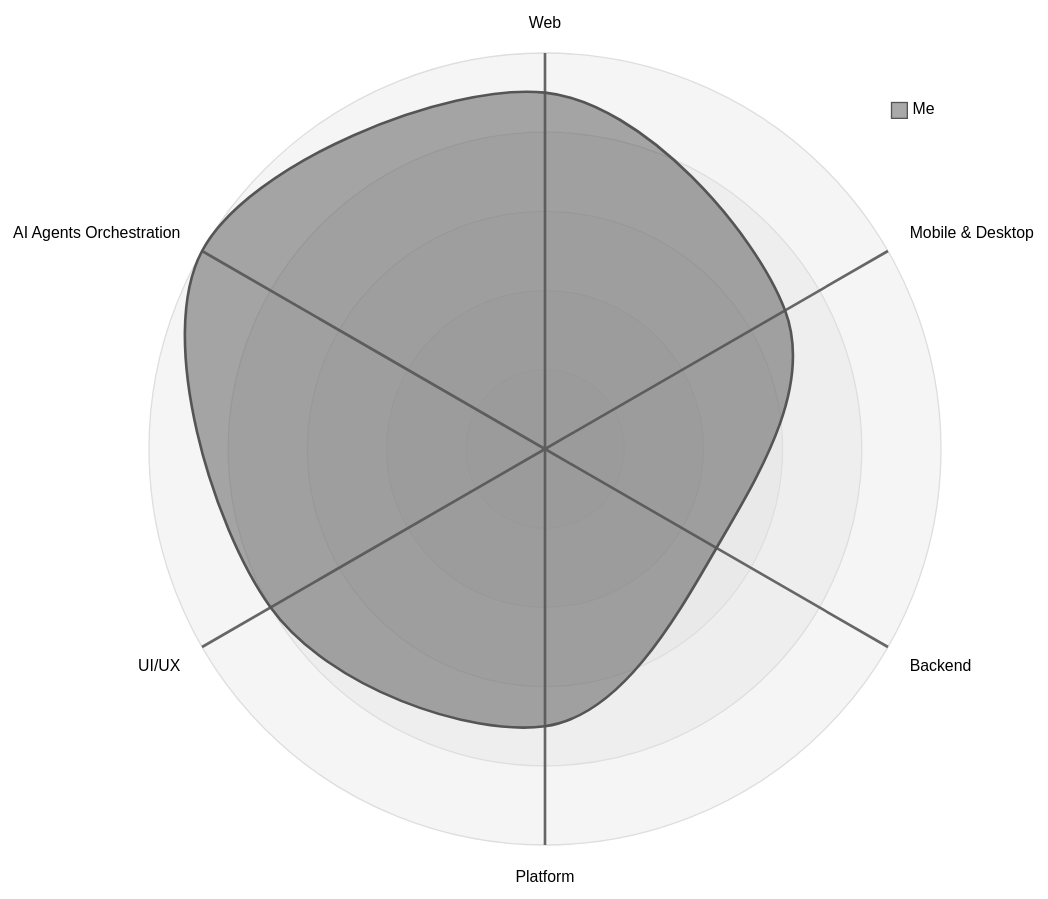
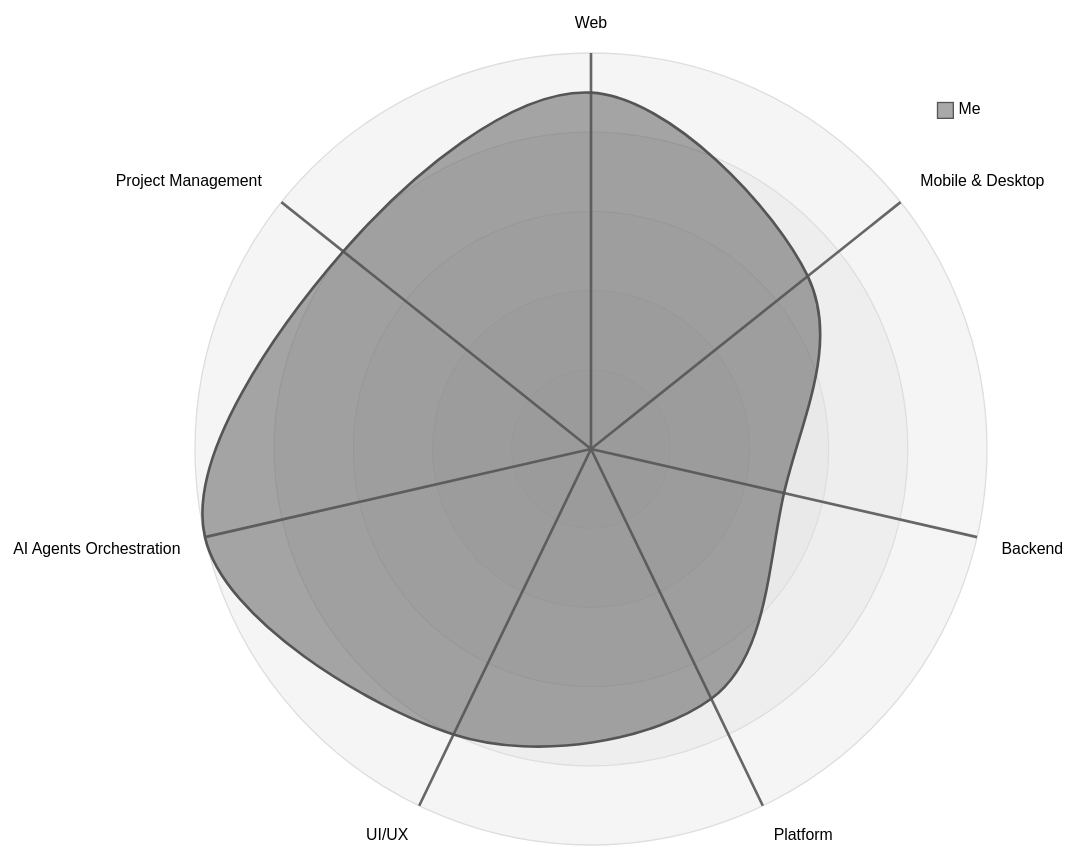
Before and after one commit to mvagnon/mvagnon: the diagram in README.md, drawn with Mermaid.

````diff
--- a/README.md
+++ b/README.md
@@ -44,12 +44,12 @@
 ```mermaid
 ---
 config:
   theme: neutral
 ---
 radar-beta
-  axis a["Web"], b["Mobile & Desktop"], c["Backend"], d["Platform"], e["UI/UX"], f["AI Agents Orchestration"]
-  curve a["Me"]{90, 70, 50, 70, 80, 100}
+  axis a["Web"], b["Mobile & Desktop"], c["Backend"], d["Platform"], e["UI/UX"], f["AI Agents Orchestration"], g["Project Management"]
+  curve a["Me"]{90, 70, 50, 70, 80, 100, 80}
 
   max 100
   min 0
 ```
````
